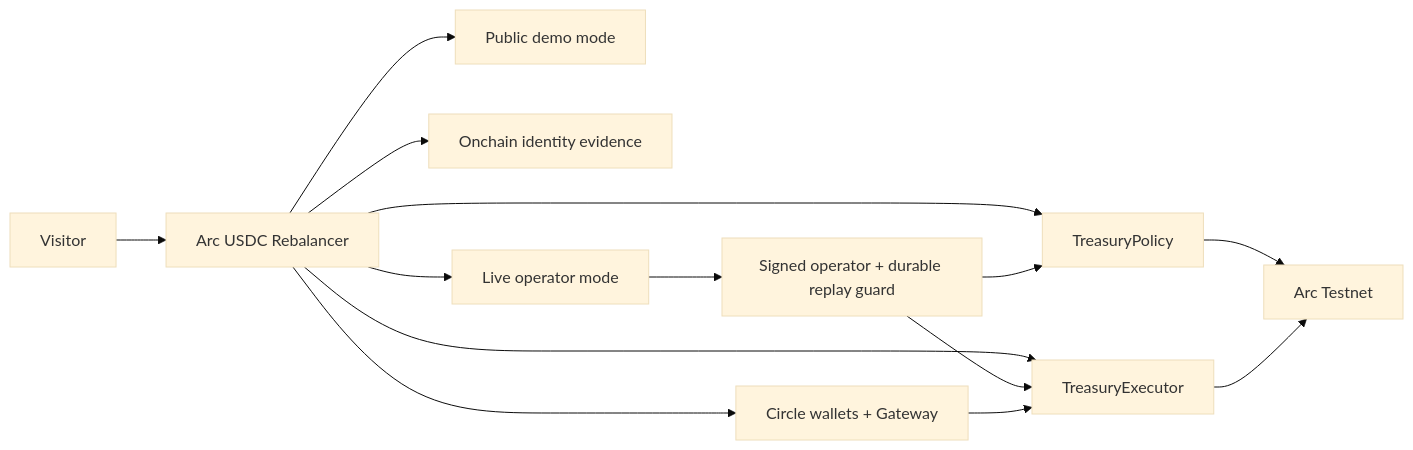
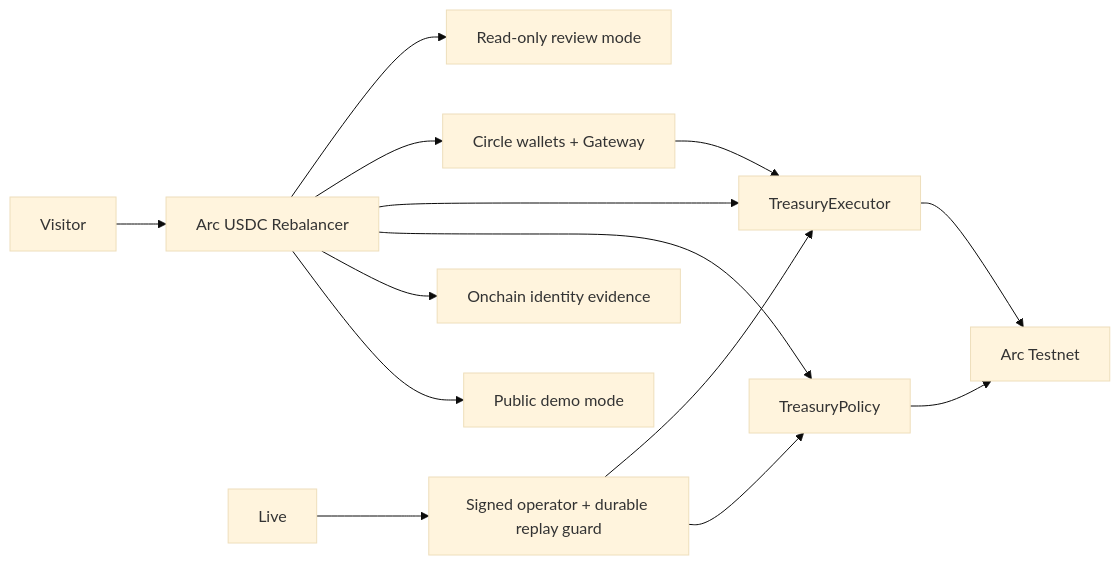
The diagram in README.md (sin199/arc-usdc-rebalancer), drawn with Mermaid (base theme) before and after one commit. The commit also changed other lines of this file and 15 other files, not shown here.

First line of the commit message:
Make final DeFi submission read-only (#14)

````diff
--- a/README.md
+++ b/README.md
@@ -70,16 +70,16 @@
 ```mermaid
 flowchart LR
   Visitor["Visitor"] --> UI["Arc USDC Rebalancer"]
   UI --> Demo["Public demo mode"]
   UI --> Identity["Onchain identity evidence"]
   UI --> Policy["TreasuryPolicy"]
   UI --> Executor["TreasuryExecutor"]
   UI --> Circle["Circle wallets + Gateway"]
-  UI --> Live["Live operator mode"]
+  UI --> ReadOnly["Read-only review mode"]
   Live --> Guard["Signed operator + durable replay guard"]
   Guard --> Policy
   Guard --> Executor
   Circle --> Executor
   Policy --> Arc["Arc Testnet"]
   Executor --> Arc
 ```
````
